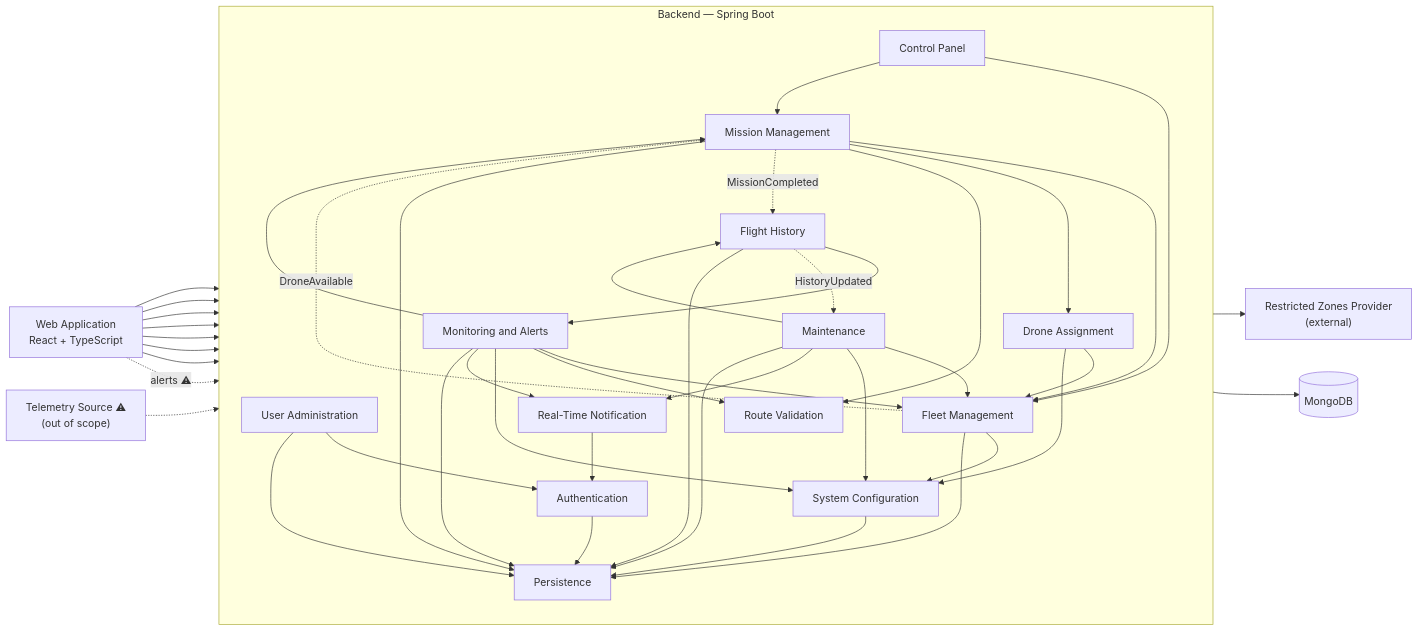
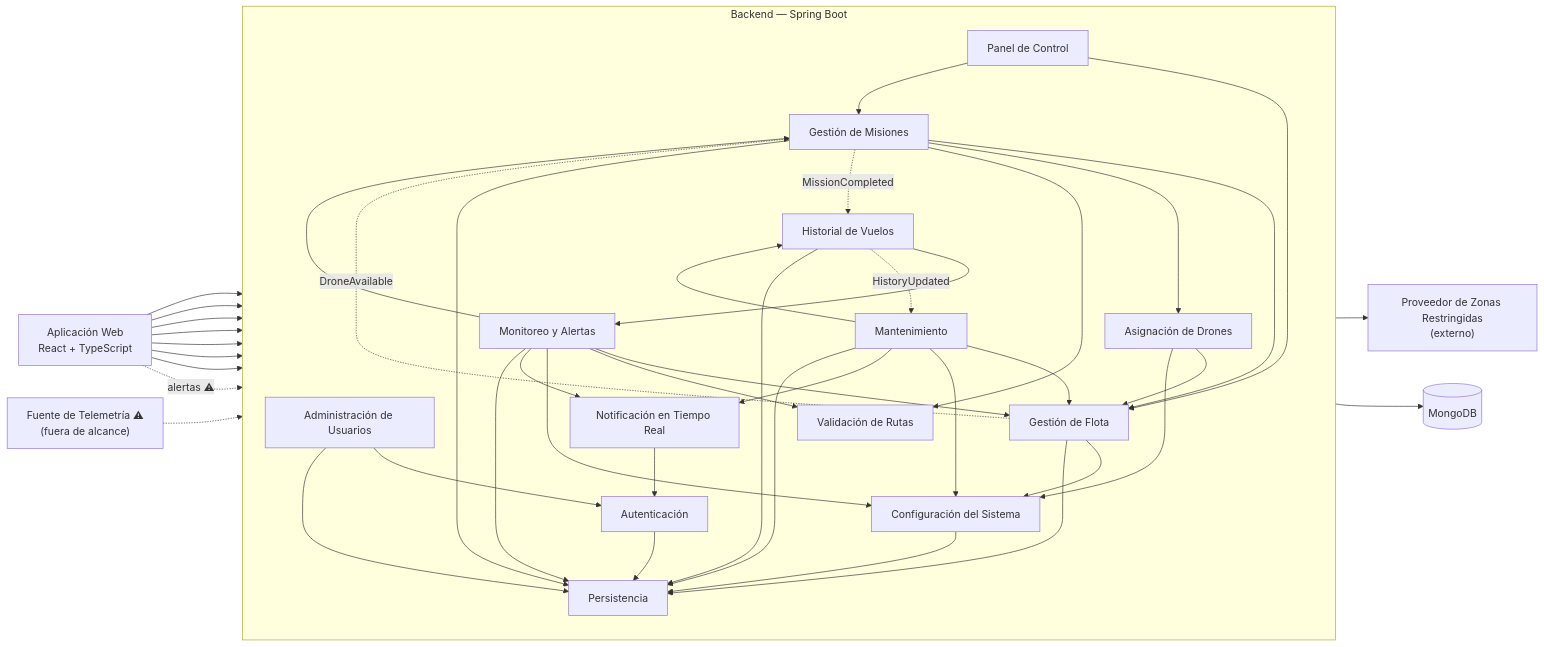
Before and after one commit to Juanescuaran2041/dronflow: the diagram in docs/diagrama-componentes.md, drawn with Mermaid. The commit also changed other lines of this file and 5 other files, not shown here.

````diff
--- a/docs/diagrama-componentes.md
+++ b/docs/diagrama-componentes.md
@@ -17,46 +19,46 @@
 ```mermaid
 flowchart LR
-    WEB["Web Application<br/>React + TypeScript"]
+    WEB["Aplicación Web<br/>React + TypeScript"]
 
     subgraph BE["Backend — Spring Boot"]
         direction TB
-        AUT["Authentication"]
-        USR["User Administration"]
-        FLT["Fleet Management"]
-        MIS["Mission Management"]
-        ASG["Drone Assignment"]
-        RTE["Route Validation"]
-        MON["Monitoring and Alerts"]
-        NOT["Real-Time Notification"]
-        HIS["Flight History"]
-        MNT["Maintenance"]
-        DSH["Control Panel"]
-        CFG["System Configuration"]
-        PER["Persistence"]
+        AUT["Autenticación"]
+        USR["Administración de Usuarios"]
+        FLT["Gestión de Flota"]
+        MIS["Gestión de Misiones"]
+        ASG["Asignación de Drones"]
+        RTE["Validación de Rutas"]
+        MON["Monitoreo y Alertas"]
+        NOT["Notificación en Tiempo Real"]
+        HIS["Historial de Vuelos"]
+        MNT["Mantenimiento"]
+        DSH["Panel de Control"]
+        CFG["Configuración del Sistema"]
+        PER["Persistencia"]
     end
 
     DB[("MongoDB")]
-    ZON["Restricted Zones Provider<br/>(external)"]
-    TEL["Telemetry Source ⚠<br/>(out of scope)"]
+    ZON["Proveedor de Zonas Restringidas<br/>(externo)"]
+    TEL["Fuente de Telemetría ⚠<br/>(fuera de alcance)"]
 
     WEB --> AUT & USR & FLT & MIS & MNT & DSH & CFG
-    WEB -. "alerts ⚠" .-> NOT
+    WEB -. "alertas ⚠" .-> NOT
 
     USR --> AUT
     MIS --> FLT & ASG & RTE
     ASG --> FLT & CFG
     RTE --> ZON
     FLT --> CFG
     TEL -.-> MON
     MON --> MIS & FLT & RTE & CFG & NOT
     MIS -. "MissionCompleted" .-> HIS
     HIS --> MON
     HIS -. "HistoryUpdated" .-> MNT
     MNT --> FLT & HIS & CFG & NOT
     FLT -. "DroneAvailable" .-> MIS
     DSH --> FLT & MIS
     NOT --> AUT
 
     AUT & USR & FLT & MIS & MON & HIS & MNT & CFG --> PER
     PER --> DB
 ```
````
